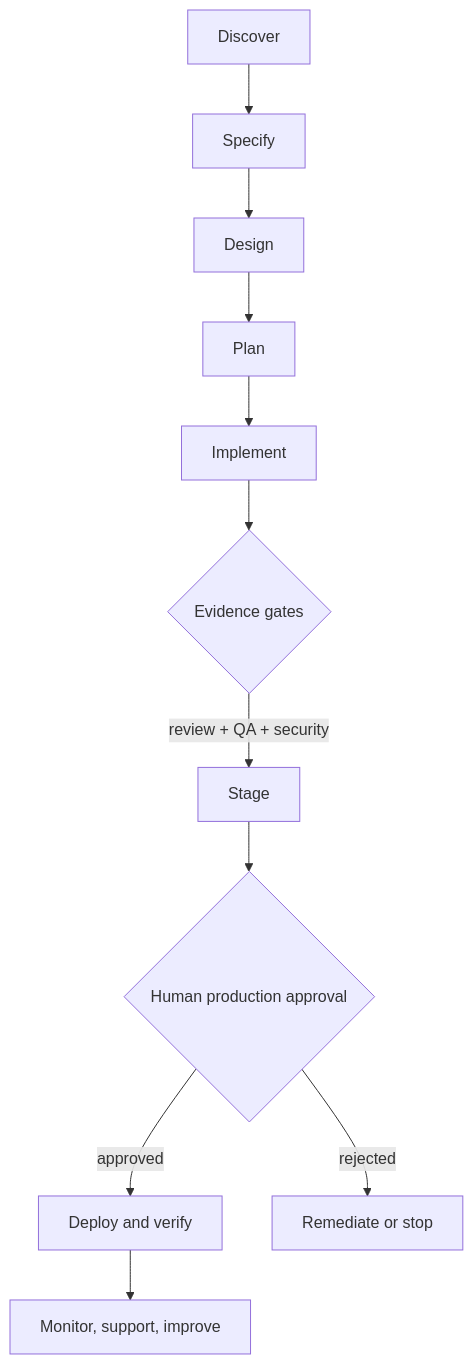
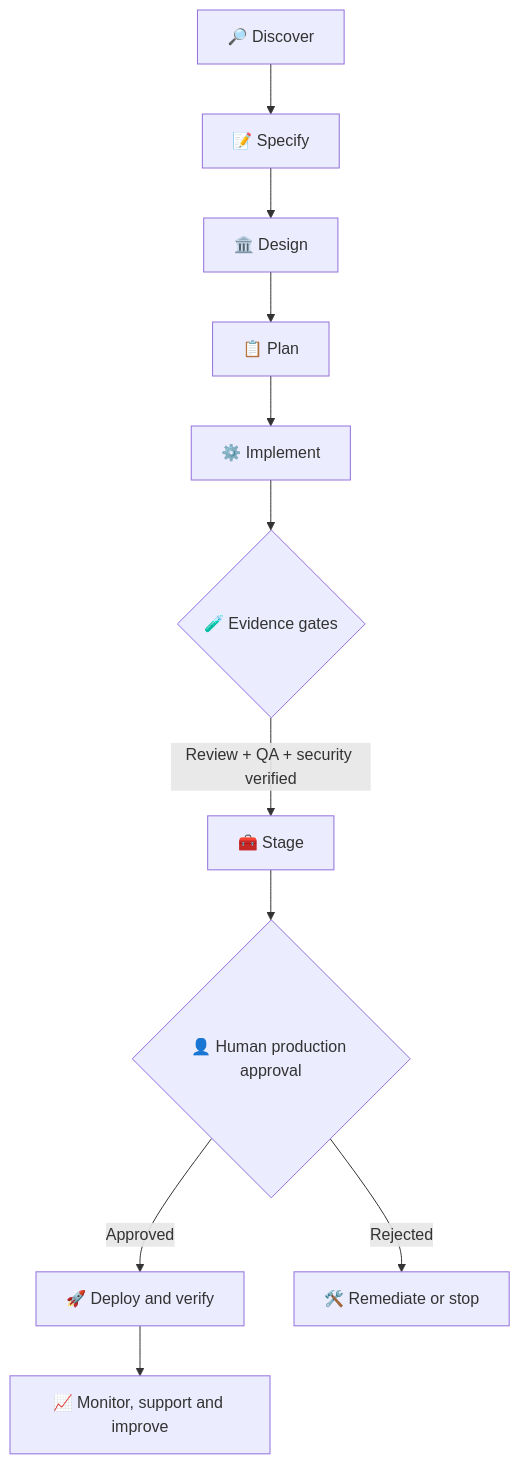
One commit to kirubaharan181/sdlc-agentic-skills changed the second of 3 diagrams in README.md. Above: the diagram before and after it, drawn with Mermaid. The commit also changed other lines of this file and 8 other files, not shown here.

````diff
--- a/README.md
+++ b/README.md
@@ -90,13 +104,13 @@
 ```mermaid
 flowchart TD
-    A[Discover] --> B[Specify]
-    B --> C[Design]
-    C --> D[Plan]
-    D --> E[Implement]
-    E --> F{Evidence gates}
-    F -->|review + QA + security| G[Stage]
-    G --> H{Human production approval}
-    H -->|approved| I[Deploy and verify]
-    H -->|rejected| J[Remediate or stop]
-    I --> K[Monitor, support, improve]
+    A["🔎 Discover"] --> B["📝 Specify"]
+    B --> C["🏛️ Design"]
+    C --> D["📋 Plan"]
+    D --> E["⚙️ Implement"]
+    E --> F{"🧪 Evidence gates"}
+    F -->|"Review + QA + security verified"| G["🧰 Stage"]
+    G --> H{"👤 Human production approval"}
+    H -->|"Approved"| I["🚀 Deploy and verify"]
+    H -->|"Rejected"| J["🛠️ Remediate or stop"]
+    I --> K["📈 Monitor, support and improve"]
 ```
````
